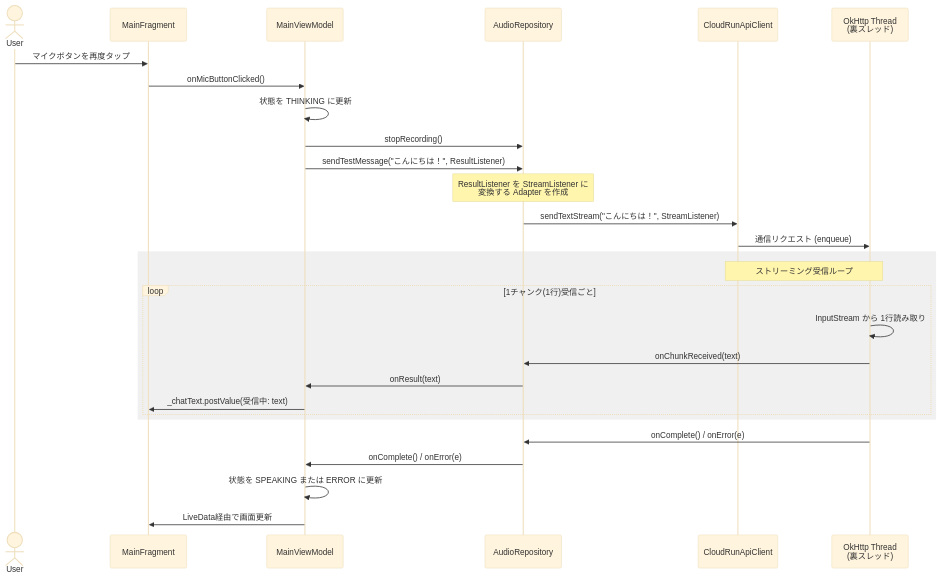
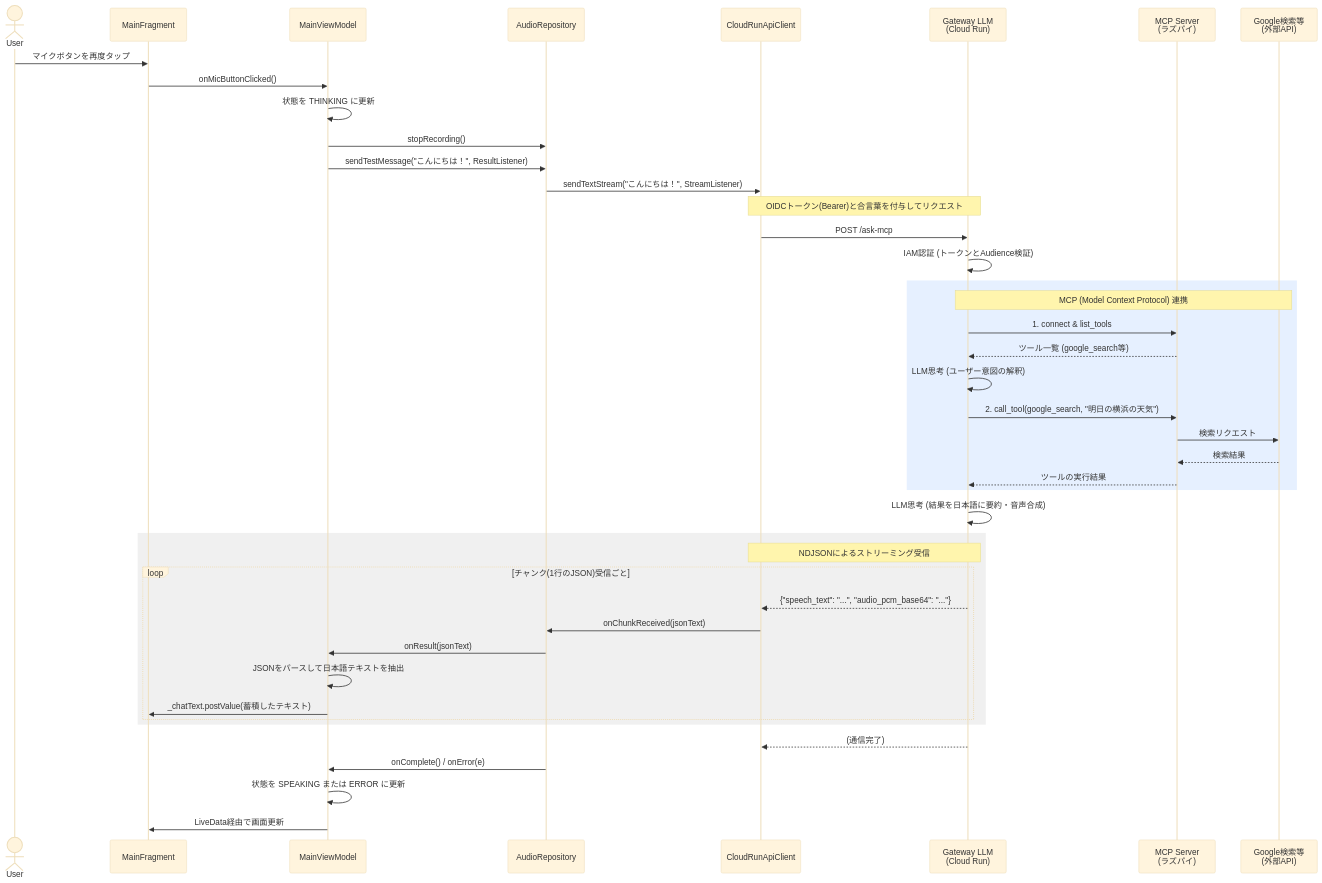
The third of 4 diagrams in README.md (rotani/android-study), drawn with Mermaid (base theme) before and after one commit. The commit also changed other lines of this file and 5 other files, not shown here.

Commit message:
**【Step 5: クラウド通信】Service層の構築**   - Repositoryの裏側で動く通信機能を作り、Cloud Run (Gateway LLM) とのストリーミング通信（NDJSON）を確立する。   - **[追加]** GCPのIAM認証（OIDC）とGoogle Sign-inを導入し、特定のユーザーのみが安全にアクセスできるセキュアな通信基盤を構築する。

````diff
--- a/README.md
+++ b/README.md
@@ -144,35 +156,52 @@
 ```mermaid
 sequenceDiagram
     actor User
     participant UI as MainFragment
     participant VM as MainViewModel
     participant Repo as AudioRepository
     participant API as CloudRunApiClient
-    participant Thread as OkHttp Thread<br/>(裏スレッド)
+    participant Gateway as Gateway LLM<br/>(Cloud Run)
+    participant MCP as MCP Server<br/>(ラズパイ)
+    participant Search as Google検索等<br/>(外部API)
 
     User->>UI: マイクボタンを再度タップ
     UI->>VM: onMicButtonClicked()
     VM->>VM: 状態を THINKING に更新
     VM->>Repo: stopRecording()
     VM->>Repo: sendTestMessage("こんにちは！", ResultListener)
     
-    Note over Repo: ResultListener を StreamListener に<br/>変換する Adapter を作成
     Repo->>API: sendTextStream("こんにちは！", StreamListener)
     
-    API->>Thread: 通信リクエスト (enqueue)
+    Note over API, Gateway: OIDCトークン(Bearer)と合言葉を付与してリクエスト
+    API->>Gateway: POST /ask-mcp
+    Gateway->>Gateway: IAM認証 (トークンとAudience検証)
+
+    rect rgb(230, 240, 255)
+        Note over Gateway, Search: MCP (Model Context Protocol) 連携
+        Gateway->>MCP: 1. connect & list_tools
+        MCP-->>Gateway: ツール一覧 (google_search等)
+        Gateway->>Gateway: LLM思考 (ユーザー意図の解釈)
+        Gateway->>MCP: 2. call_tool(google_search, "明日の横浜の天気")
+        MCP->>Search: 検索リクエスト
+        Search-->>MCP: 検索結果
+        MCP-->>Gateway: ツールの実行結果
+    end
+    
+    Gateway->>Gateway: LLM思考 (結果を日本語に要約・音声合成)
     
     rect rgb(240, 240, 240)
-        Note over Thread, API: ストリーミング受信ループ
-        loop 1チャンク(1行)受信ごと
-            Thread->>Thread: InputStream から 1行読み取り
-            Thread->>Repo: onChunkReceived(text)
-            Repo->>VM: onResult(text)
-            VM->>UI: _chatText.postValue(受信中: text)
+        Note over API, Gateway: NDJSONによるストリーミング受信
+        loop チャンク(1行のJSON)受信ごと
+            Gateway-->>API: {"speech_text": "...", "audio_pcm_base64": "..."}
+            API->>Repo: onChunkReceived(jsonText)
+            Repo->>VM: onResult(jsonText)
+            VM->>VM: JSONをパースして日本語テキストを抽出
+            VM->>UI: _chatText.postValue(蓄積したテキスト)
         end
     end
     
-    Thread->>Repo: onComplete() / onError(e)
+    Gateway-->>API: (通信完了)
     Repo->>VM: onComplete() / onError(e)
     VM->>VM: 状態を SPEAKING または ERROR に更新
     VM->>UI: LiveData経由で画面更新
 ```
````
